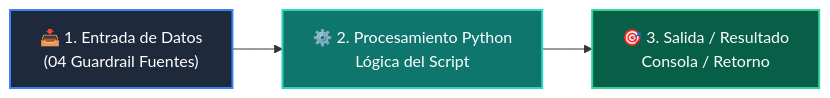
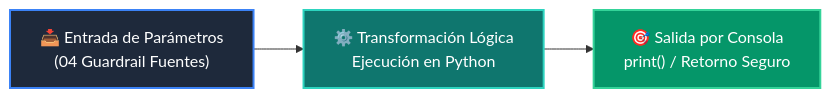
One commit to wisrovi/wisrovi-python changed the diagram in 03-agentes-ia/clase-06-arquitecturas-rag/ejemplos/ejemplo_04_guardrail_fuentes/README.md. Above: the diagram before and after it, drawn with Mermaid. The commit also changed other lines of this file and 226 other files, not shown here.

Commit message:
docs: elevate all repository READMEs to world-class mastery standard with rich pedagogical architecture, custom Mermaids, and professional styling

````diff
--- a/03-agentes-ia/clase-06-arquitecturas-rag/ejemplos/ejemplo_04_guardrail_fuentes/README.md
+++ b/03-agentes-ia/clase-06-arquitecturas-rag/ejemplos/ejemplo_04_guardrail_fuentes/README.md
@@ -12,9 +19,9 @@
 ```mermaid
 flowchart LR
-    A["📥 1. Entrada de Datos<br/>(04 Guardrail Fuentes)"] --> B["⚙️ 2. Procesamiento Python<br/>Lógica del Script"]
-    B --> C["🎯 3. Salida / Resultado<br/>Consola / Retorno"]
+    A["📥 Entrada de Parámetros<br/>(04 Guardrail Fuentes)"] --> B["⚙️ Transformación Lógica<br/>Ejecución en Python"]
+    B --> C["🎯 Salida por Consola<br/>print() / Retorno Seguro"]
 
-    style A fill:#1e293b,color:#fff,stroke:#3b82f6,stroke-width:2px
-    style B fill:#0f766e,color:#fff,stroke:#2dd4bf,stroke-width:2px
-    style C fill:#065f46,color:#fff,stroke:#34d399,stroke-width:2px
+    style A fill:#1e293b,color:#ffffff,stroke:#3b82f6,stroke-width:2px
+    style B fill:#0f766e,color:#ffffff,stroke:#2dd4bf,stroke-width:2px
+    style C fill:#059669,color:#ffffff,stroke:#34d399,stroke-width:2px
 ```
````
